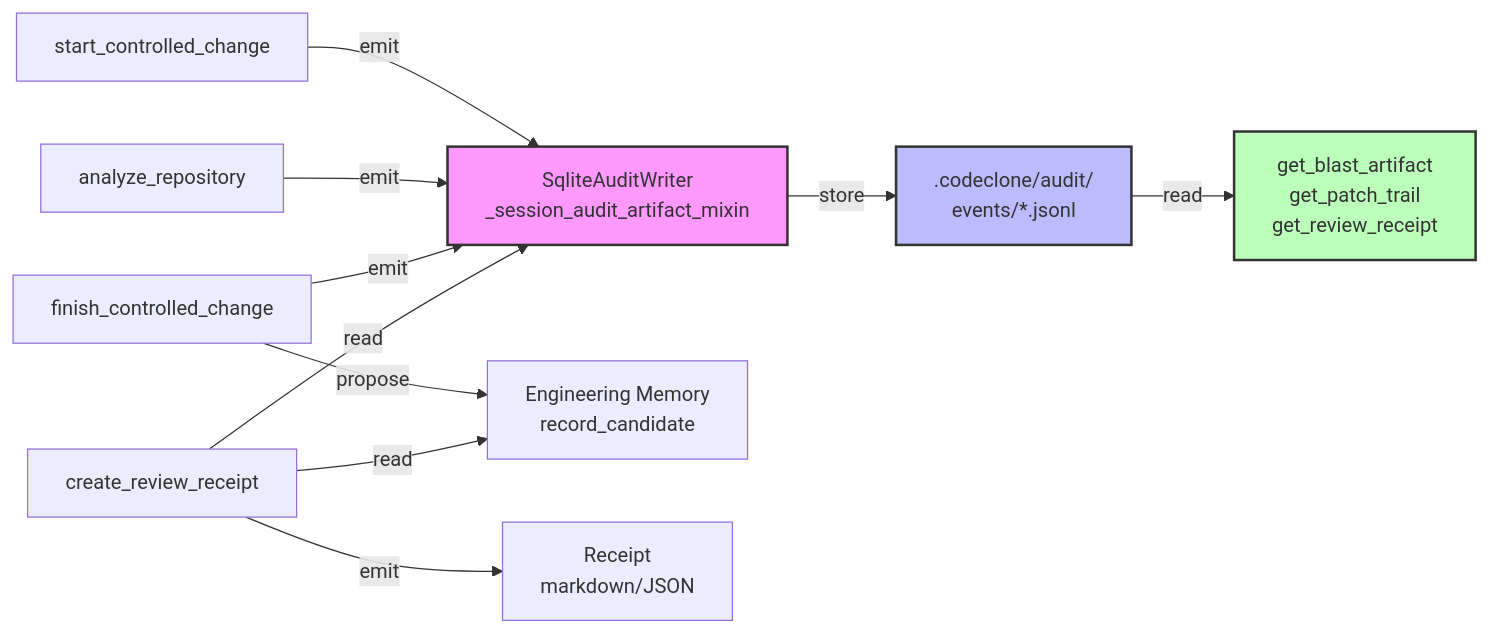
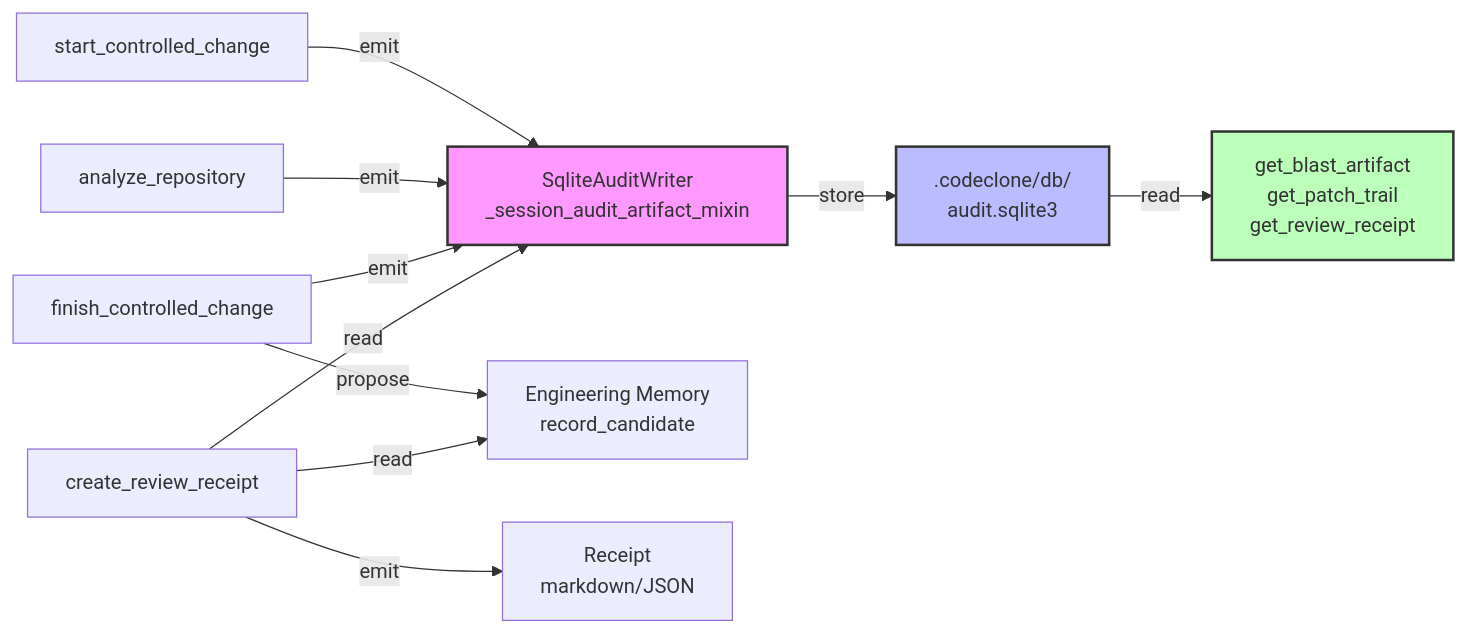
The diagram in docs/internal/surfaces/audit-events.md (orenlab/codeclone), drawn with Mermaid before and after one commit. The commit also changed other lines of this file and 38 other files, not shown here.

````diff
--- a/docs/internal/surfaces/audit-events.md
+++ b/docs/internal/surfaces/audit-events.md
@@ -41,15 +41,15 @@
 ```mermaid
 graph LR
   A["start_controlled_change"] -->|emit| B["SqliteAuditWriter<br/>_session_audit_artifact_mixin"]
   C["analyze_repository"] -->|emit| B
   D["finish_controlled_change"] -->|emit| B
-  B -->|store| E[".codeclone/audit/<br/>events/*.jsonl"]
+  B -->|store| E[".codeclone/db/<br/>audit.sqlite3"]
   E -->|read| F["get_blast_artifact<br/>get_patch_trail<br/>get_review_receipt"]
   D -->|propose| G["Engineering Memory<br/>record_candidate"]
   H["create_review_receipt"] -->|read| B
   H -->|read| G
   H -->|emit| I["Receipt<br/>markdown/JSON"]
   style B fill:#f9f,stroke:#333,stroke-width:2px
   style E fill:#bbf,stroke:#333,stroke-width:2px
   style F fill:#bfb,stroke:#333,stroke-width:2px
 ```
````
